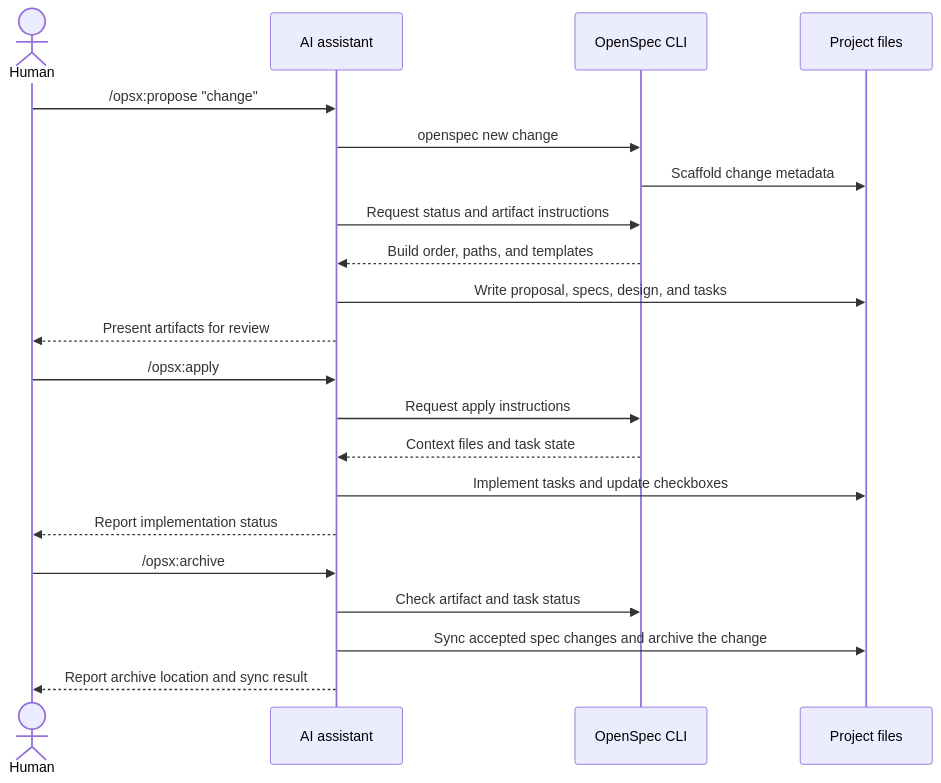
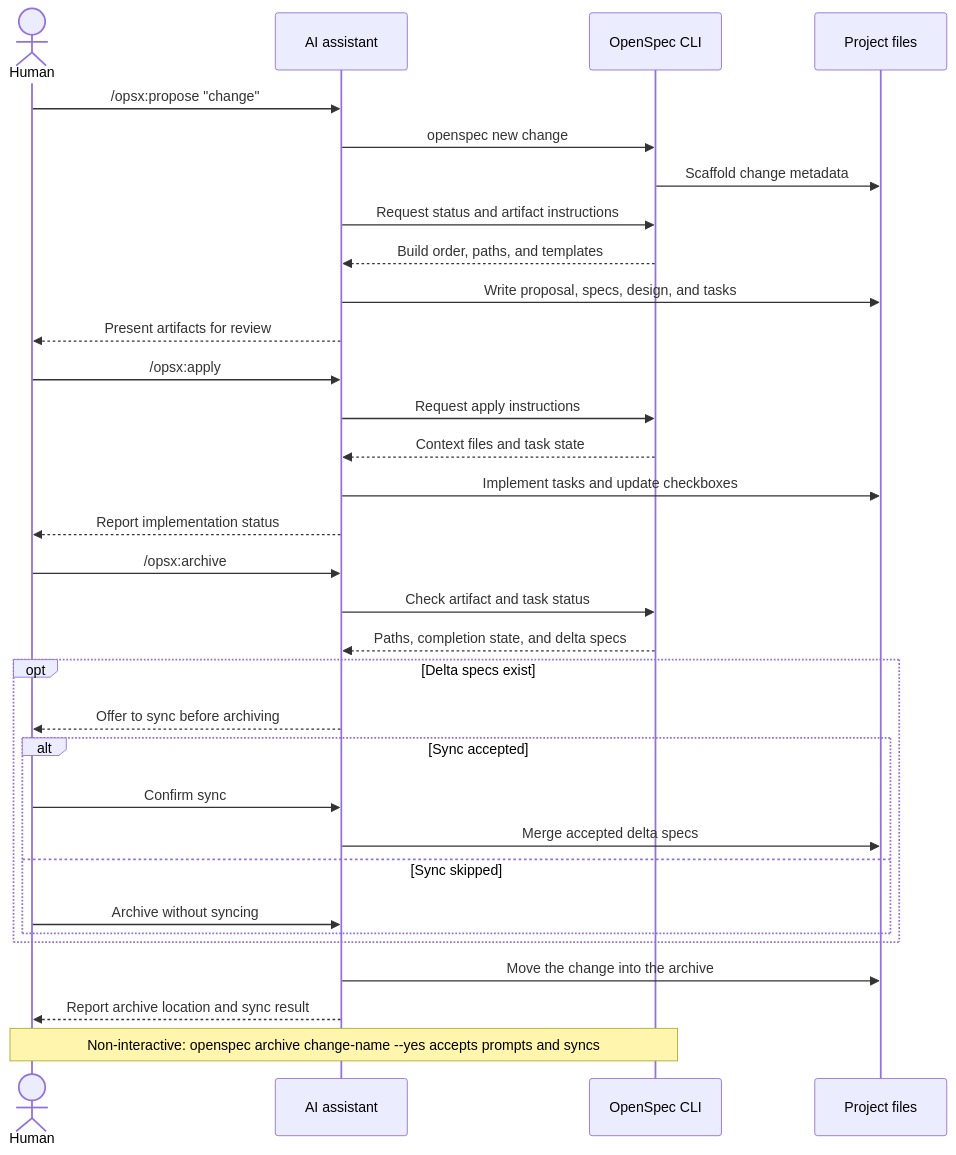
Before and after one commit to Fission-AI/OpenSpec: the second of 2 diagrams in docs/workflows.md, drawn with Mermaid. The commit also changed other lines of this file, not shown here.

Commit message:
docs(workflows): clarify optional archive paths

````diff
--- a/docs/workflows.md
+++ b/docs/workflows.md
@@ -55,26 +56,38 @@
 ```mermaid
 sequenceDiagram
     actor Human
     participant Assistant as AI assistant
     participant CLI as OpenSpec CLI
     participant Files as Project files
 
     Human->>Assistant: /opsx:propose "change"
     Assistant->>CLI: openspec new change
     CLI->>Files: Scaffold change metadata
     Assistant->>CLI: Request status and artifact instructions
     CLI-->>Assistant: Build order, paths, and templates
     Assistant->>Files: Write proposal, specs, design, and tasks
     Assistant-->>Human: Present artifacts for review
 
     Human->>Assistant: /opsx:apply
     Assistant->>CLI: Request apply instructions
     CLI-->>Assistant: Context files and task state
     Assistant->>Files: Implement tasks and update checkboxes
     Assistant-->>Human: Report implementation status
 
     Human->>Assistant: /opsx:archive
     Assistant->>CLI: Check artifact and task status
-    Assistant->>Files: Sync accepted spec changes and archive the change
+    CLI-->>Assistant: Paths, completion state, and delta specs
+    opt Delta specs exist
+        Assistant-->>Human: Offer to sync before archiving
+        alt Sync accepted
+            Human->>Assistant: Confirm sync
+            Assistant->>Files: Merge accepted delta specs
+        else Sync skipped
+            Human->>Assistant: Archive without syncing
+        end
+    end
+    Assistant->>Files: Move the change into the archive
     Assistant-->>Human: Report archive location and sync result
+
+    Note over Human,CLI: Non-interactive: openspec archive change-name --yes accepts prompts and syncs
 ```
````
